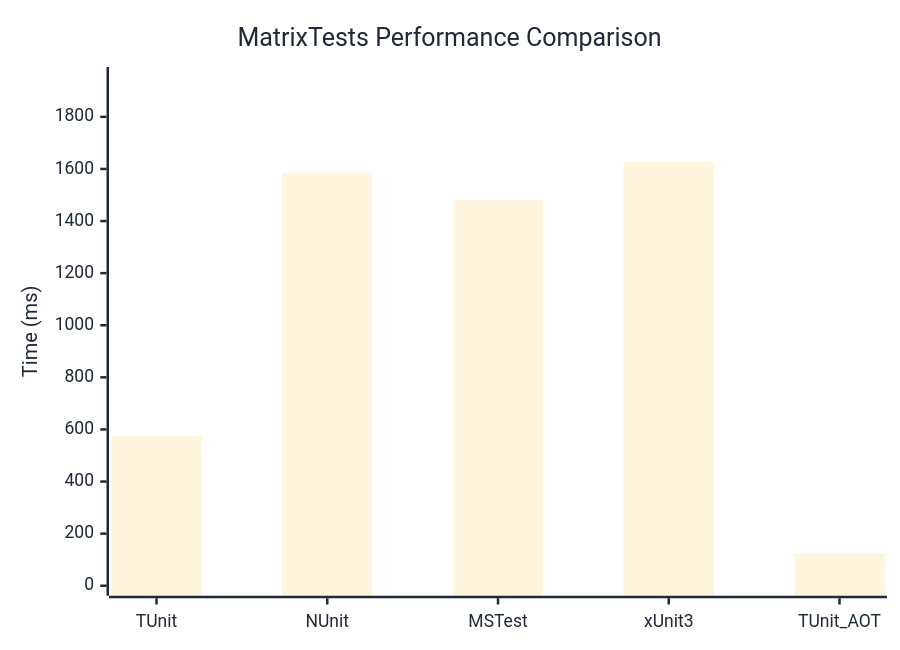
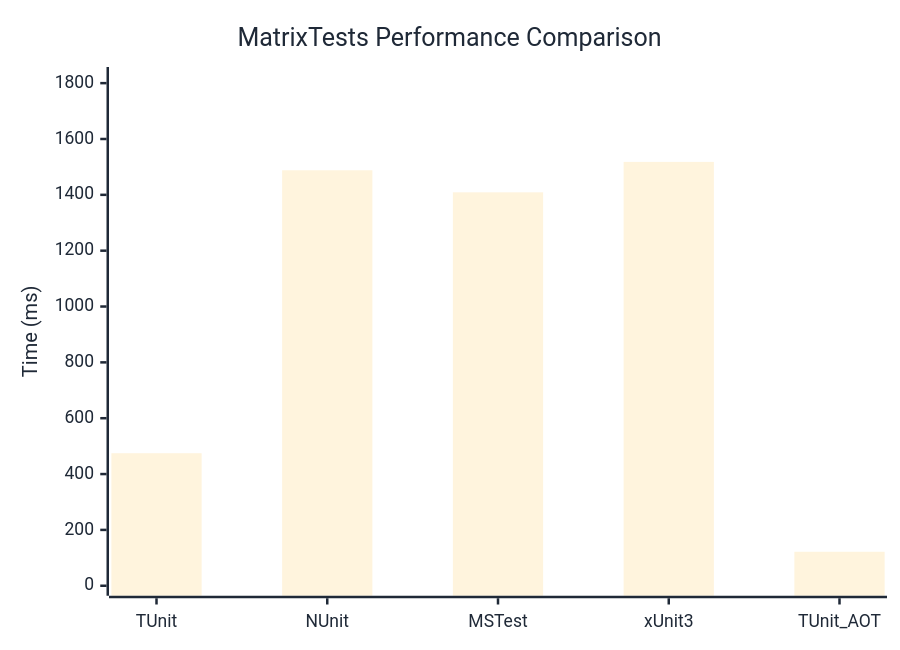
Before and after one commit to thomhurst/TUnit: the diagram in docs/docs/benchmarks/MatrixTests.md, drawn with Mermaid. The commit also changed other lines of this file and 17 other files, not shown here.

````diff
--- a/docs/docs/benchmarks/MatrixTests.md
+++ b/docs/docs/benchmarks/MatrixTests.md
@@ -27,37 +27,37 @@
 ```mermaid
 %%{init: {
   'theme':'base',
   'themeVariables': {
     'primaryColor': '#2563eb',
     'primaryTextColor': '#1f2937',
     'primaryBorderColor': '#1e40af',
     'lineColor': '#6b7280',
     'secondaryColor': '#7c3aed',
     'tertiaryColor': '#dc2626',
     'background': '#ffffff',
     'mainBkg': '#2563eb',
     'secondBkg': '#7c3aed',
     'tertiaryBkg': '#dc2626',
     'clusterBkg': '#f3f4f6',
     'edgeLabelBackground': '#ffffff',
     'tertiaryTextColor': '#1f2937',
     'pie1': '#2563eb',
     'pie2': '#7c3aed',
     'pie3': '#dc2626',
     'pie4': '#f59e0b',
     'pie5': '#10b981',
     'pie6': '#06b6d4',
     'pie7': '#ec4899',
     'pie8': '#6366f1',
     'pie9': '#84cc16',
     'pie10': '#f97316',
     'pie11': '#14b8a6',
     'pie12': '#a855f7'
   }
 }}%%
 xychart-beta
   title "MatrixTests Performance Comparison"
   x-axis ["TUnit", "NUnit", "MSTest", "xUnit3", "TUnit_AOT"]
-  y-axis "Time (ms)" 0 --> 1953
-  bar [574.1, 1585.6, 1480.6, 1626.8, 124.7]
+  y-axis "Time (ms)" 0 --> 1822
+  bar [474.6, 1488, 1409, 1517.9, 121.7]
 ```
````
